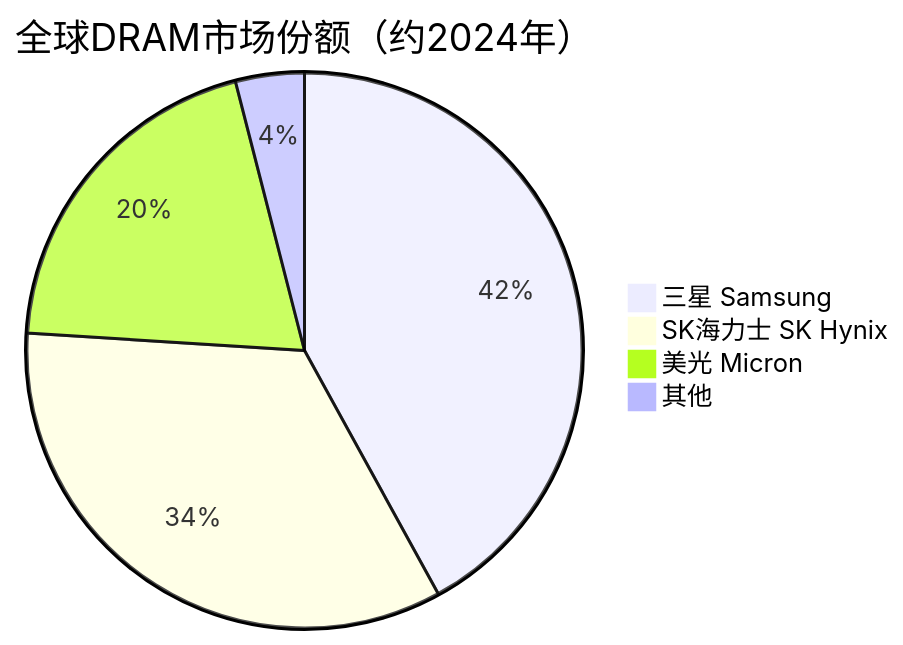
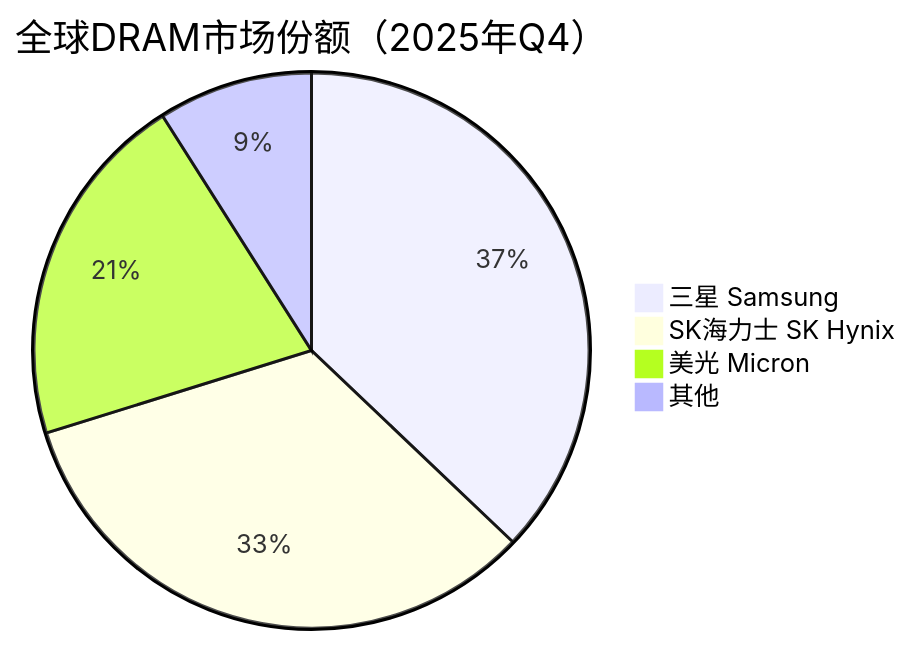
One commit to blueprint1453/industry-insight changed the third of 4 diagrams in 存储产业链/总览/存储产业概览与市场分析.md. Above: the diagram before and after it, drawn with Mermaid. The commit also changed other lines of this file and 78 other files, not shown here.

````diff
--- a/存储产业链/总览/存储产业概览与市场分析.md
+++ b/存储产业链/总览/存储产业概览与市场分析.md
@@ -84,7 +84,7 @@
 ```mermaid
-pie title 全球DRAM市场份额（约2024年）
-    "三星 Samsung" : 42
-    "SK海力士 SK Hynix" : 34
-    "美光 Micron" : 20
-    "其他" : 4
+pie title 全球DRAM市场份额（2025年Q4）
+    "三星 Samsung" : 37.1
+    "SK海力士 SK Hynix" : 33.1
+    "美光 Micron" : 20.8
+    "其他" : 9
 ```
````
